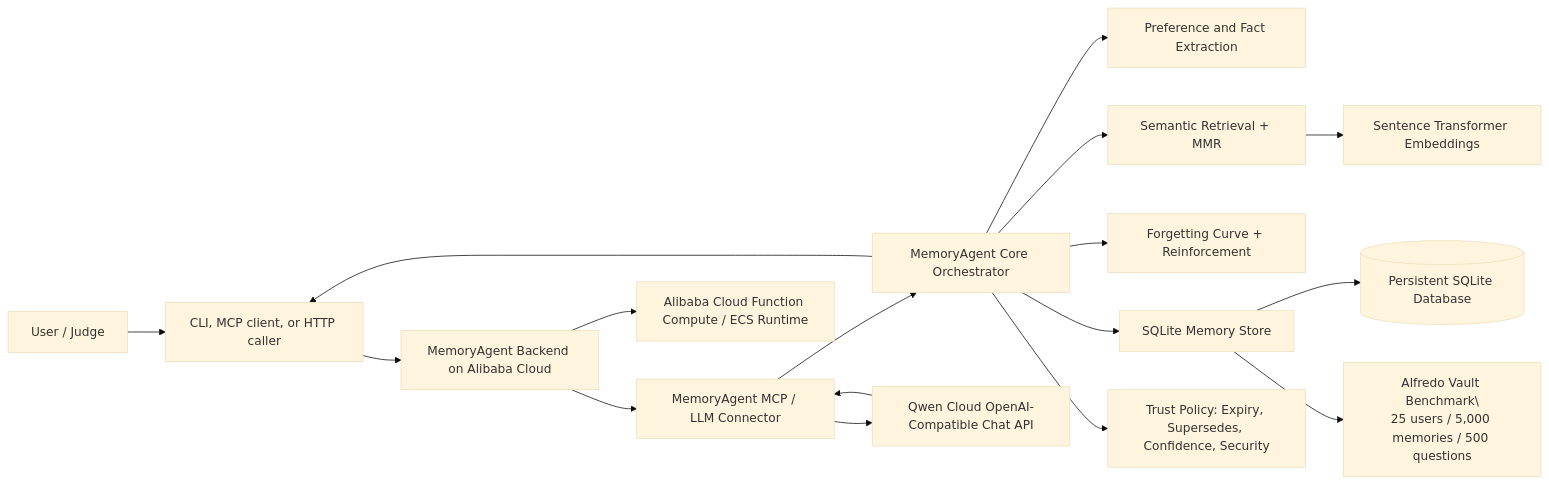
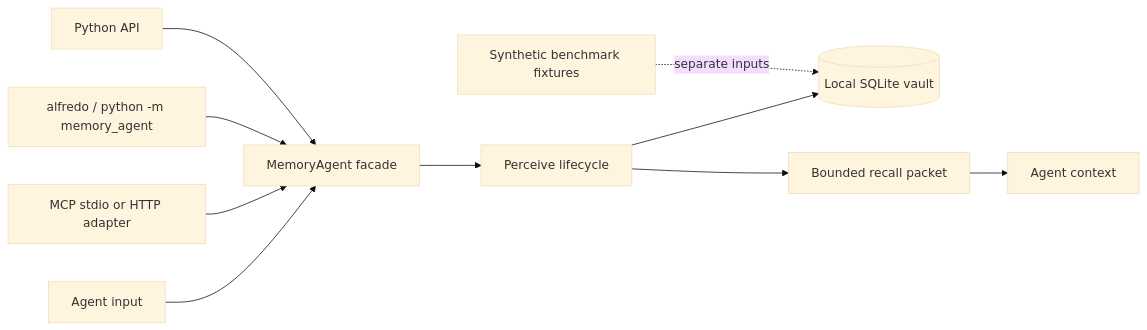
Before and after one commit to AkiraTokashiki/Alfredo: the diagram in docs/ARCHITECTURE.md, drawn with Mermaid (base theme). The commit also changed other lines of this file and 6 other files, not shown here.

````diff
--- a/docs/ARCHITECTURE.md
+++ b/docs/ARCHITECTURE.md
@@ -11,24 +7,12 @@
 ```mermaid
 flowchart LR
-    User[User / Judge] --> UI[CLI, MCP client, or HTTP caller]
-
-    UI --> Backend[MemoryAgent Backend on Alibaba Cloud]
-    Backend --> MCP[MemoryAgent MCP / LLM Connector]
-    MCP --> Core[MemoryAgent Core Orchestrator]
-
-    Core --> Extract[Preference and Fact Extraction]
-    Core --> Retrieve[Semantic Retrieval + MMR]
-    Core --> Forget[Forgetting Curve + Reinforcement]
-    Core --> Store[SQLite Memory Store]
-    Core --> Trust[Trust Policy: Expiry, Supersedes, Confidence, Security]
-
-    Store --> DB[(Persistent SQLite Database)]
-    Retrieve --> Embed[Sentence Transformer Embeddings]
-    Store --> Bench[Alfredo Vault Benchmark\\n25 users / 5,000 memories / 500 questions]
-
-    MCP --> Qwen[Qwen Cloud OpenAI-Compatible Chat API]
-    Backend --> Alibaba[Alibaba Cloud Function Compute / ECS Runtime]
-
-    Qwen --> MCP
-    Core --> UI
+    Input[Agent input] --> Facade[MemoryAgent facade]
+    Facade --> Life[Perceive lifecycle]
+    Life --> SQLite[(Local SQLite vault)]
+    Life --> Packet[Bounded recall packet]
+    Packet --> Context[Agent context]
+    MCP[MCP stdio or HTTP adapter] --> Facade
+    CLI[alfredo / python -m memory_agent] --> Facade
+    Python[Python API] --> Facade
+    Bench[Synthetic benchmark fixtures] -. separate inputs .-> SQLite
 ```
````
